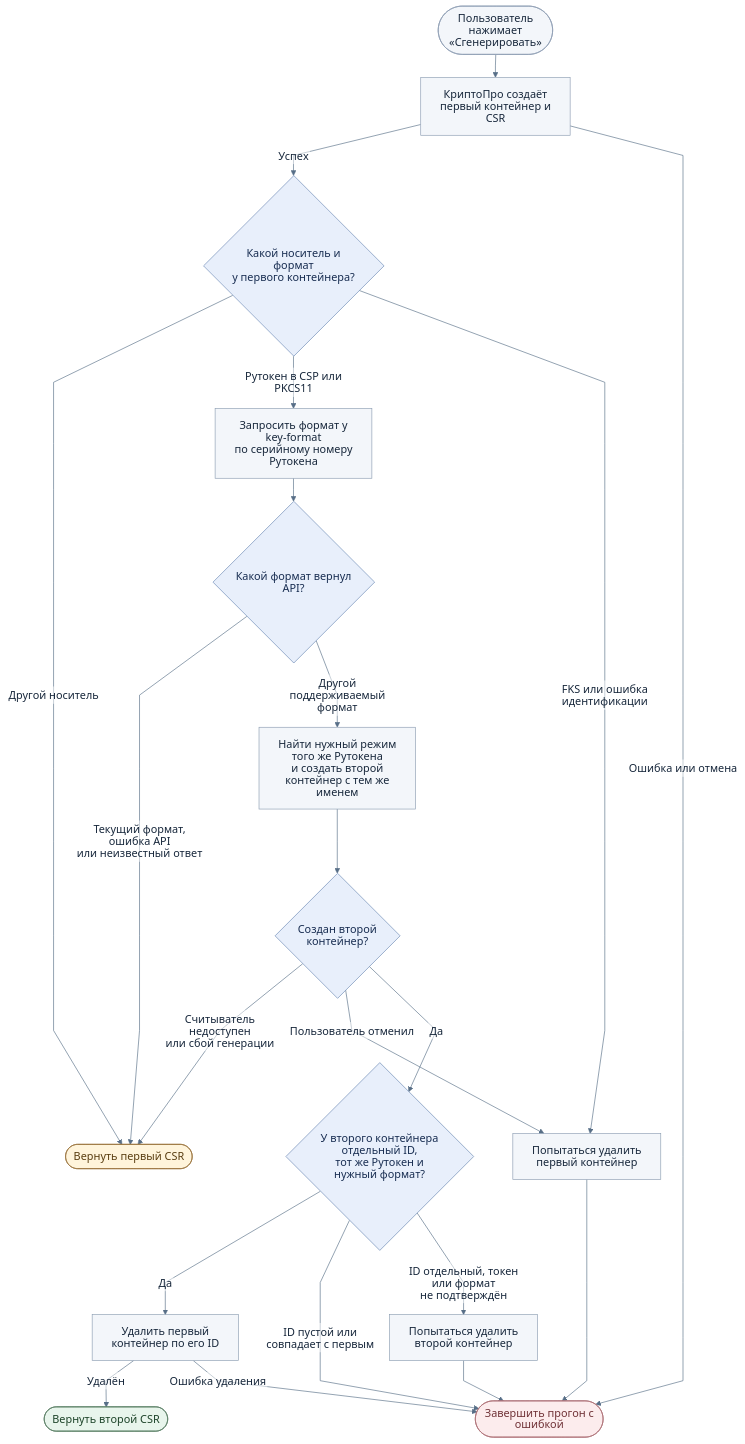
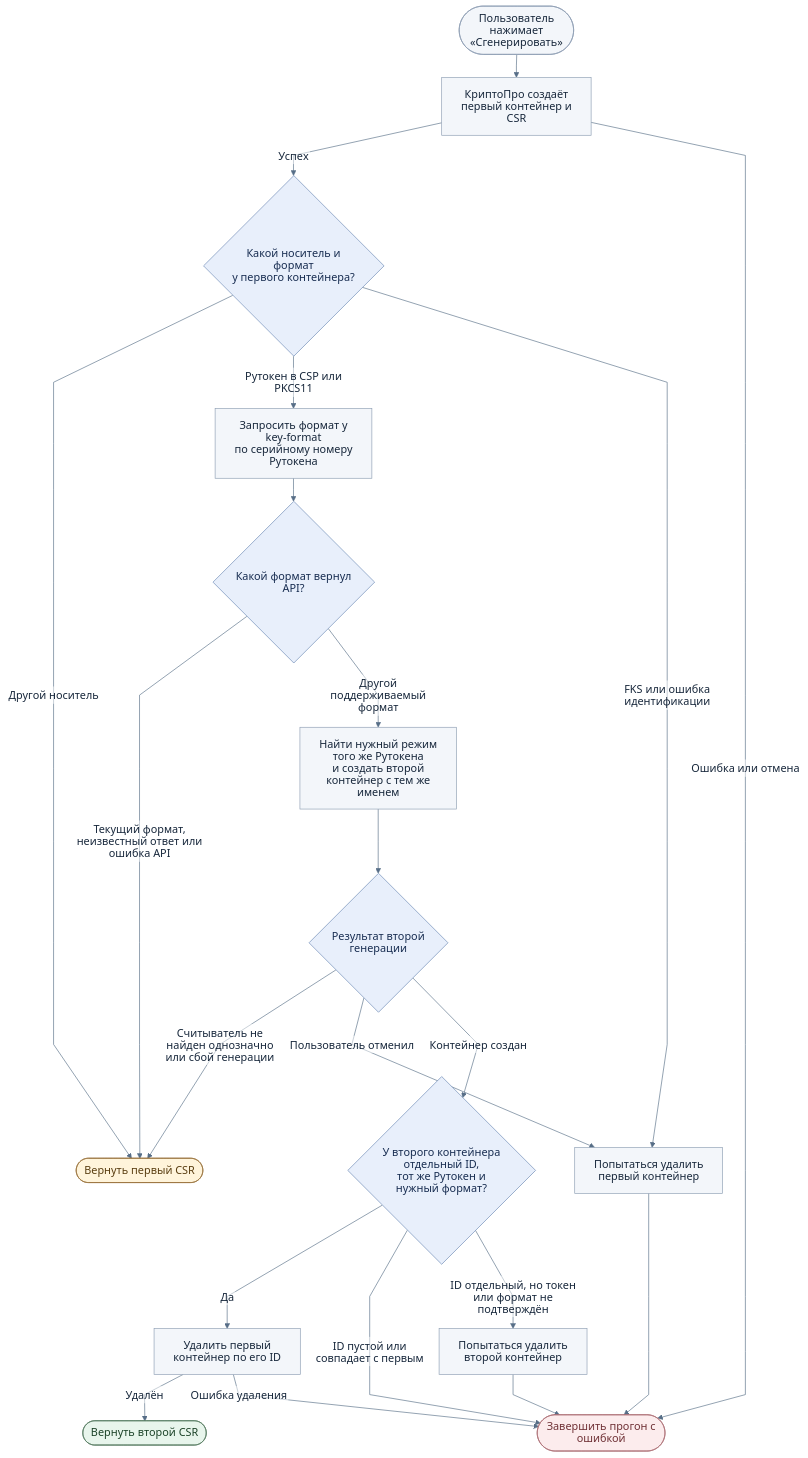
Before and after one commit to psevdomak/crypto-test: the diagram in reissue/reissue-flow.mmd, drawn with Mermaid. The commit also changed 2 other files, not shown here.

Commit message:
Render the original Mermaid key generation flowchart

```diff
--- a/reissue/reissue-flow.mmd
+++ b/reissue/reissue-flow.mmd
@@ -1,63 +1,65 @@
 ---
 config:
   theme: base
   htmlLabels: false
   themeCSS: |
     text { font-family: system-ui, sans-serif; }
     .background { fill: #fff; }
   themeVariables:
     fontFamily: 'system-ui, sans-serif'
     fontSize: '17px'
     primaryColor: '#f3f6fa'
     primaryTextColor: '#17273b'
     primaryBorderColor: '#8c9db2'
     lineColor: '#576e87'
     edgeLabelBackground: '#ffffff'
   flowchart:
     curve: linear
     nodeSpacing: 24
     rankSpacing: 36
 ---
 flowchart TD
     accTitle: Динамическая генерация ключей
     accDescr: Выбор формата ключа по серийному номеру Рутокена, повторная генерация, фолбэк и очистка контейнеров.
     START([Пользователь нажимает «Сгенерировать»])
     FIRST["КриптоПро создаёт первый контейнер и CSR"]
     TOKEN{"Какой носитель и формат<br/>у первого контейнера?"}
     API["Запросить формат у key-format<br/>по серийному номеру Рутокена"]
     FORMAT{"Какой формат вернул API?"}
     SECOND["Найти нужный режим того же Рутокена<br/>и создать второй контейнер с тем же именем"]
-    RESULT{"Создан второй контейнер?"}
+    RESULT{"Результат второй генерации"}
     CHECK{"У второго контейнера отдельный ID,<br/>тот же Рутокен и нужный формат?"}
     CLEAN["Удалить первый контейнер по его ID"]
     KEEP([Вернуть первый CSR])
     DONE([Вернуть второй CSR])
     FAIL([Завершить прогон с ошибкой])
 
     START --> FIRST
     FIRST -->|Успех| TOKEN
     FIRST -->|Ошибка или отмена| FAIL
     TOKEN -->|Другой носитель| KEEP
     TOKEN -->|Рутокен в CSP или PKCS11| API
     TOKEN -->|FKS или ошибка идентификации| DROP1["Попытаться удалить первый контейнер"] --> FAIL
+
     API --> FORMAT
-    FORMAT -->|Текущий формат, ошибка API<br/>или неизвестный ответ| KEEP
+    FORMAT -->|Текущий формат, неизвестный ответ или ошибка API| KEEP
     FORMAT -->|Другой поддерживаемый формат| SECOND
     SECOND --> RESULT
-    RESULT -->|Считыватель недоступен<br/>или сбой генерации| KEEP
+    RESULT -->|Считыватель не найден однозначно или сбой генерации| KEEP
     RESULT -->|Пользователь отменил| DROP1
-    RESULT -->|Да| CHECK
+    RESULT -->|Контейнер создан| CHECK
+
     CHECK -->|Да| CLEAN
     CHECK -->|ID пустой или совпадает с первым| FAIL
-    CHECK -->|ID отдельный, токен или формат<br/>не подтверждён| DROP2["Попытаться удалить второй контейнер"] --> FAIL
+    CHECK -->|ID отдельный, но токен или формат не подтверждён| DROP2["Попытаться удалить второй контейнер"] --> FAIL
     CLEAN -->|Удалён| DONE
     CLEAN -->|Ошибка удаления| FAIL
 
     classDef choice fill:#e8effb,stroke:#6986b3,color:#182d51
     classDef success fill:#e8f5ec,stroke:#52785d,color:#1c4328
     classDef fallback fill:#fff4db,stroke:#97713a,color:#593d10
     classDef failure fill:#fceced,stroke:#ab6c72,color:#6f3136
     class TOKEN,FORMAT,RESULT,CHECK choice
     class DONE success
     class KEEP fallback
     class FAIL failure
```
